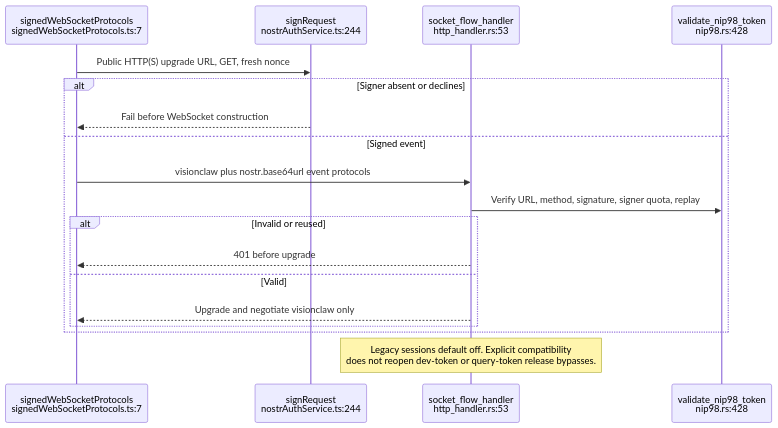
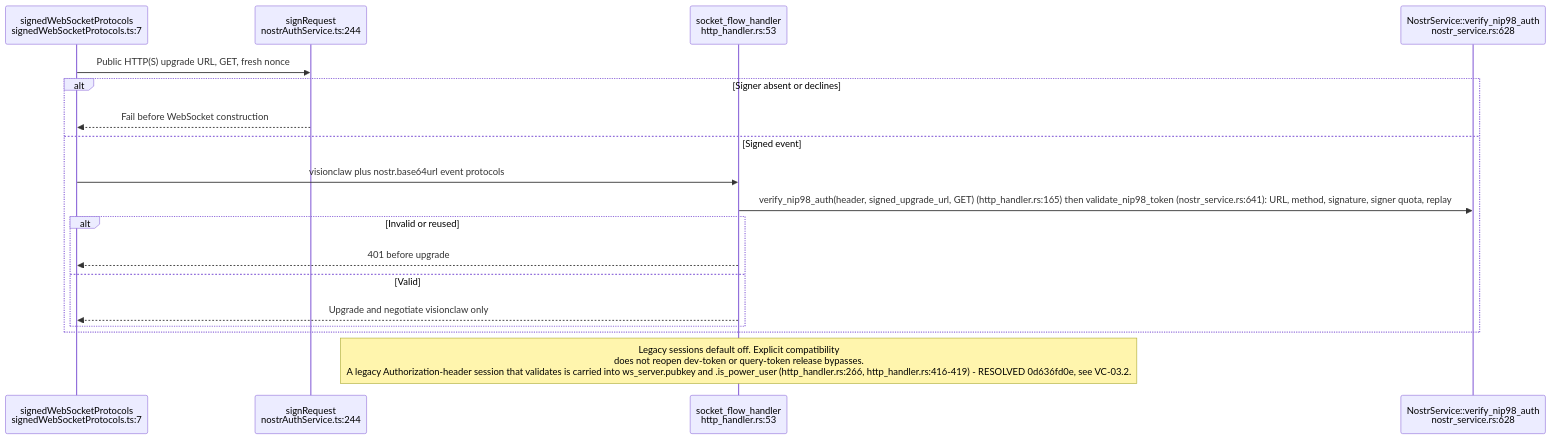
Before and after one commit to DreamLab-AI/VisionFlow: diagram 14 of 14 in docs/diagrams/visionclaw/03-request-lifecycle-and-rbac.md, drawn with Mermaid. The commit also changed other lines of this file and 20 other files, not shown here.

Commit message:
docs(diagrams): reflect the S-3, S-7c/d/f and S-4(3) fixes in the corpus

````diff
--- a/docs/diagrams/visionclaw/03-request-lifecycle-and-rbac.md
+++ b/docs/diagrams/visionclaw/03-request-lifecycle-and-rbac.md
@@ -557,20 +591,20 @@
 ```mermaid
 sequenceDiagram
     participant C as signedWebSocketProtocols<br/>signedWebSocketProtocols.ts:7
     participant Sign as signRequest<br/>nostrAuthService.ts:244
     participant H as socket_flow_handler<br/>http_handler.rs:53
-    participant V as validate_nip98_token<br/>nip98.rs:428
+    participant V as NostrService::verify_nip98_auth<br/>nostr_service.rs:628
     C->>Sign: Public HTTP(S) upgrade URL, GET, fresh nonce
     alt Signer absent or declines
         Sign-->>C: Fail before WebSocket construction
     else Signed event
         C->>H: visionclaw plus nostr.base64url event protocols
-        H->>V: Verify URL, method, signature, signer quota, replay
+        H->>V: verify_nip98_auth(header, signed_upgrade_url, GET) (http_handler.rs:165) then validate_nip98_token (nostr_service.rs:641): URL, method, signature, signer quota, replay
         alt Invalid or reused
             H-->>C: 401 before upgrade
         else Valid
             H-->>C: Upgrade and negotiate visionclaw only
         end
     end
-    Note over H: Legacy sessions default off. Explicit compatibility<br/>does not reopen dev-token or query-token release bypasses.
+    Note over H: Legacy sessions default off. Explicit compatibility<br/>does not reopen dev-token or query-token release bypasses.<br/>A legacy Authorization-header session that validates is carried into ws_server.pubkey and .is_power_user (http_handler.rs:266, http_handler.rs:416-419) - RESOLVED 0d636fd0e, see VC-03.2.
 ```
````
